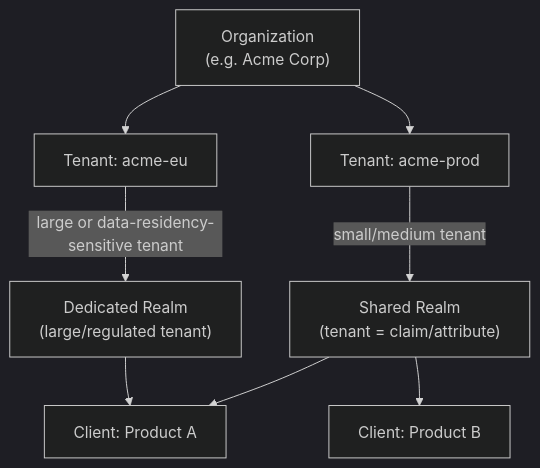
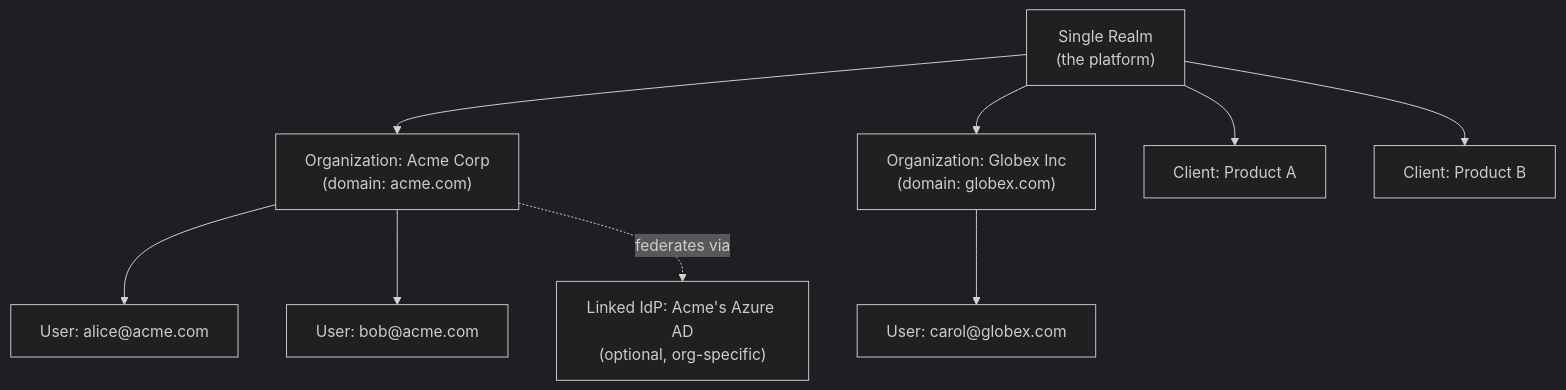
The sixth of 15 diagrams in README.md (guymoyo/centralized-iam-platform-blueprint), drawn with Mermaid (dark theme) before and after one commit. The commit also changed other lines of this file, not shown here.

Commit message:
Fix broken Mermaid edge label (parse error); remove Kaseya mention; correct tenancy model to Keycloak Organizations (not realm-per-tenant)

````diff
--- a/README.md
+++ b/README.md
@@ -293,18 +293,21 @@
 ```mermaid
 graph TD
-    Org["Organization\n(e.g. Acme Corp)"]
-    TenantA["Tenant: acme-prod"]
-    TenantB["Tenant: acme-eu"]
-    RealmShared["Shared Realm\n(tenant = claim/attribute)"]
-    RealmDedicated["Dedicated Realm\n(large/regulated tenant)"]
+    Realm["Single Realm\n(the platform)"]
+    OrgA["Organization: Acme Corp\n(domain: acme.com)"]
+    OrgB["Organization: Globex Inc\n(domain: globex.com)"]
+    UserA1["User: alice@acme.com"]
+    UserA2["User: bob@acme.com"]
+    UserB1["User: carol@globex.com"]
+    IdPLinkA["Linked IdP: Acme's Azure AD\n(optional, org-specific)"]
     ClientA["Client: Product A"]
     ClientB["Client: Product B"]
 
-    Org --> TenantA
-    Org --> TenantB
-    TenantA -->|small/medium tenant| RealmShared
-    TenantB -->|large or data-residency-sensitive tenant| RealmDedicated
-    RealmShared --> ClientA
-    RealmShared --> ClientB
-    RealmDedicated --> ClientA
+    Realm --> OrgA
+    Realm --> OrgB
+    OrgA --> UserA1
+    OrgA --> UserA2
+    OrgB --> UserB1
+    OrgA -.federates via.-> IdPLinkA
+    Realm --> ClientA
+    Realm --> ClientB
 ```
````
